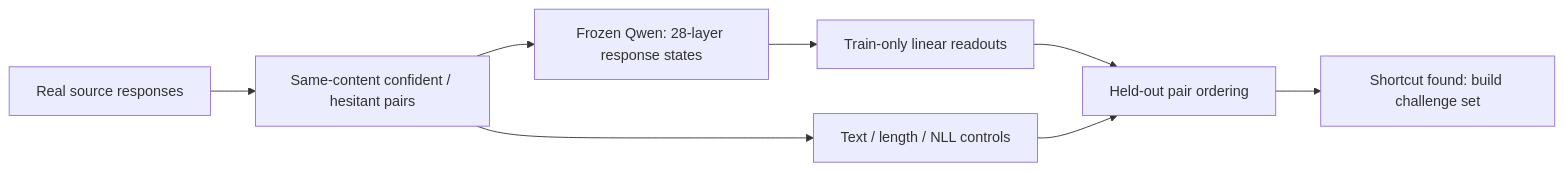
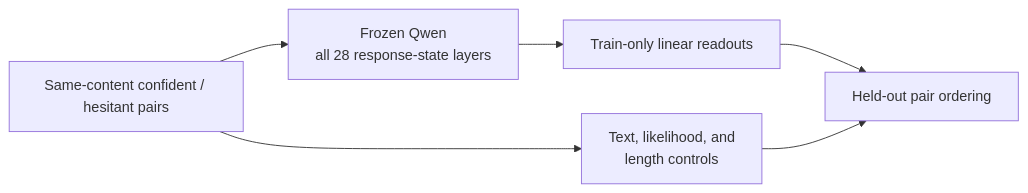
One commit to WenyiJin2003/mechanistic-confidence-sdt changed the diagram in experiments/diverse_pairs_multilayer_v1/README.md. Above: the diagram before and after it, drawn with Mermaid. The commit also changed other lines of this file and 47 other files, not shown here.

````diff
--- a/experiments/diverse_pairs_multilayer_v1/README.md
+++ b/experiments/diverse_pairs_multilayer_v1/README.md
@@ -49,10 +63,8 @@
 ```mermaid
 flowchart LR
-    A["Real source responses"] --> B["Same-content confident / hesitant pairs"]
-    B --> C["Frozen Qwen: 28-layer response states"]
-    C --> D["Train-only linear readouts"]
-    D --> E["Held-out pair ordering"]
-    B --> F["Text / length / NLL controls"]
-    F --> E
-    E --> G["Shortcut found: build challenge set"]
+    A["Same-content confident / hesitant pairs"] --> B["Frozen Qwen<br/>all 28 response-state layers"]
+    B --> C["Train-only linear readouts"]
+    C --> D["Held-out pair ordering"]
+    A --> E["Text, likelihood, and<br/>length controls"]
+    E --> D
 ```
````
